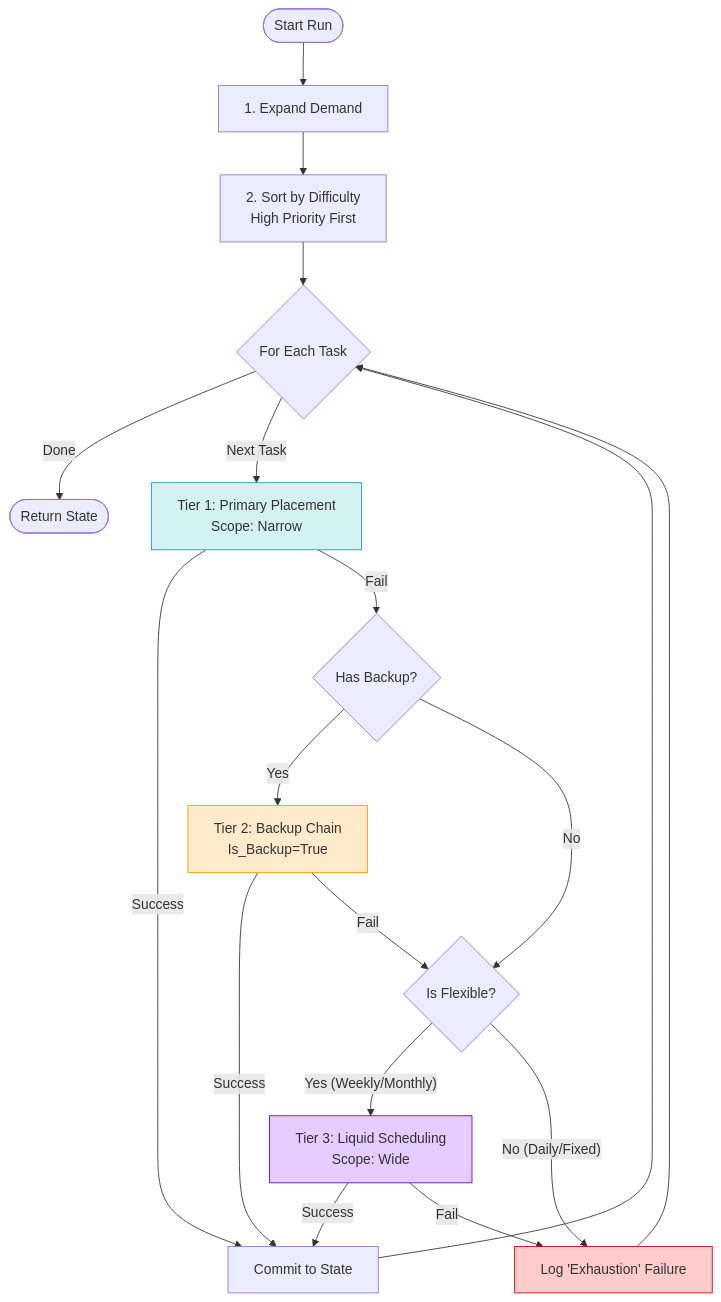
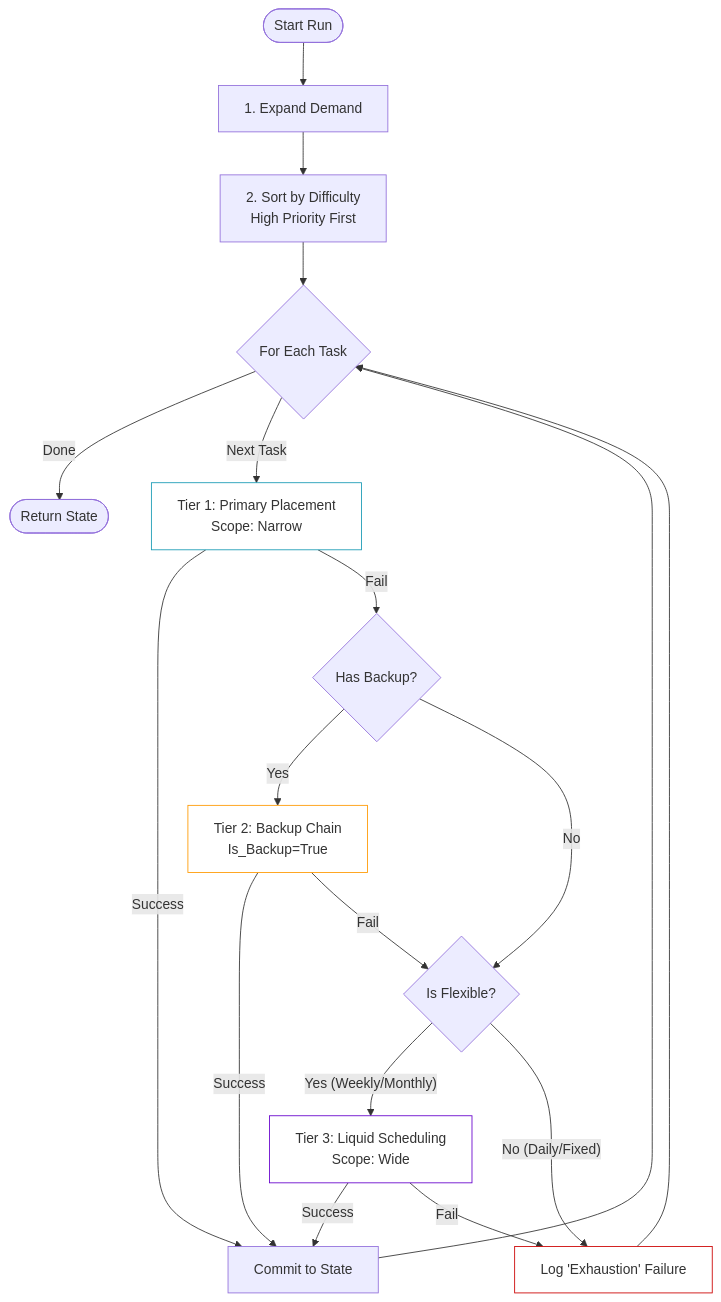
Before and after one commit to hercules2004/elyx_assignment: the second of 3 diagrams in docs/design.md, drawn with Mermaid. The commit also changed other lines of this file, not shown here.

Commit message:
Update styles and fixed issues in design.md

````diff
--- a/docs/design.md
+++ b/docs/design.md
@@ -139,33 +139,33 @@
 ```mermaid
 flowchart TD
     Start([Start Run]) --> Expand[1. Expand Demand]
     Expand --> Sort[2. Sort by Difficulty<br>High Priority First]
     Sort --> Loop{For Each Task}
     
     Loop -- Done --> Finish([Return State])
     Loop -- Next Task --> Attempt1[Tier 1: Primary Placement<br>Scope: Narrow]
     
     Attempt1 -- Success --> Commit[Commit to State]
     Attempt1 -- Fail --> CheckBackup{Has Backup?}
     
     CheckBackup -- Yes --> Attempt2[Tier 2: Backup Chain<br>Is_Backup=True]
     CheckBackup -- No --> CheckLiquid{Is Flexible?}
     
     Attempt2 -- Success --> Commit
     Attempt2 -- Fail --> CheckLiquid
     
     CheckLiquid -- Yes (Weekly/Monthly) --> Attempt3[Tier 3: Liquid Scheduling<br>Scope: Wide]
     CheckLiquid -- No (Daily/Fixed) --> FailNode
     
     Attempt3 -- Success --> Commit
     Attempt3 -- Fail --> FailNode[Log 'Exhaustion' Failure]
     
     Commit --> Loop
     FailNode --> Loop
     
-    style Attempt1 fill:#d4f1f4,stroke:#189ab4
-    style Attempt2 fill:#ffebcc,stroke:#ff9900
-    style Attempt3 fill:#e6ccff,stroke:#6600cc
-    style FailNode fill:#ffcccc,stroke:#cc0000
+    style Attempt1 fill:#ffffff,stroke:#189ab4
+    style Attempt2 fill:#ffffff,stroke:#ff9900
+    style Attempt3 fill:#ffffff,stroke:#6600cc
+    style FailNode fill:#ffffff,stroke:#cc0000
 
 ```
````
